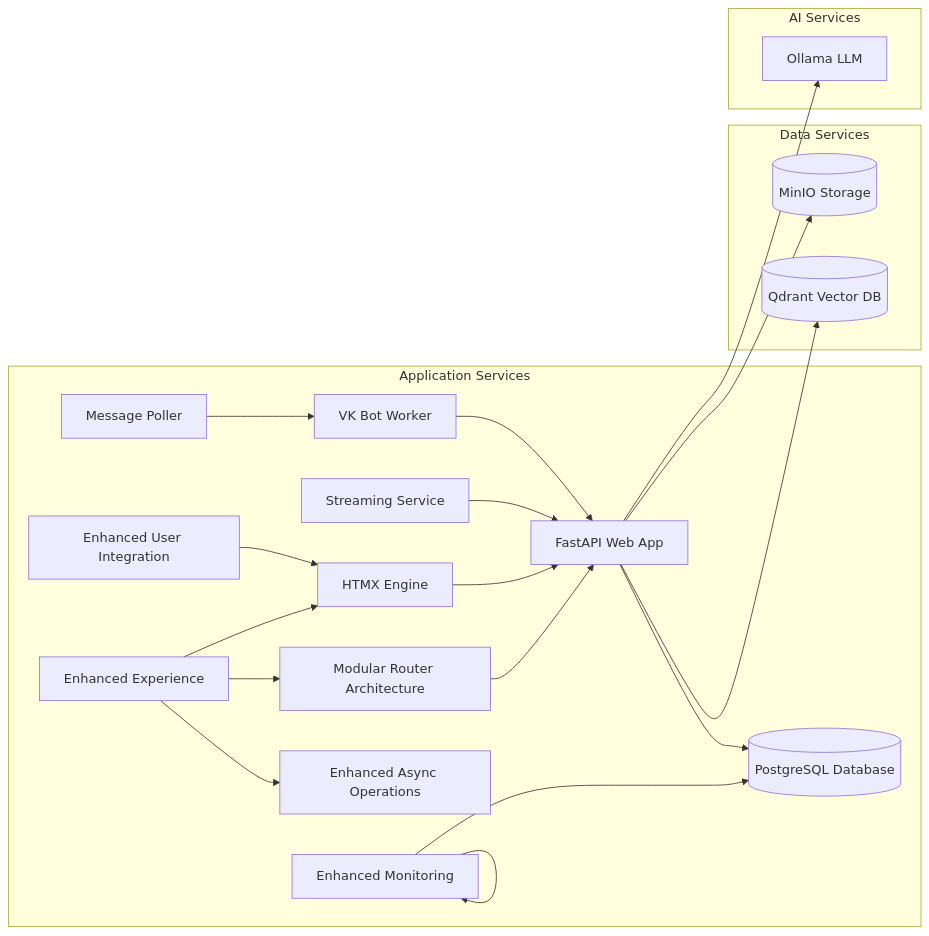
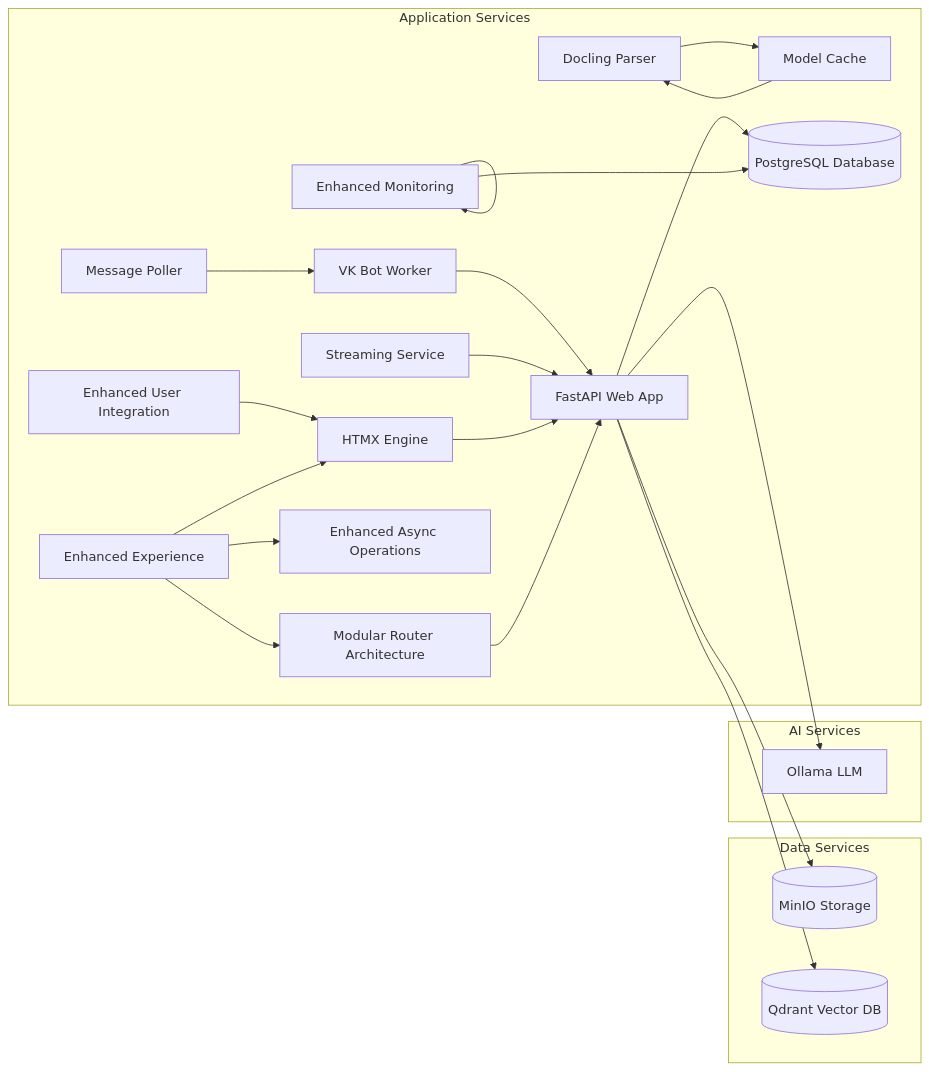
Before and after one commit to ognelis/cafetera_hr_bot: diagram 25 of 25 in .qoder/repowiki/en/content/Document Management System.md, drawn with Mermaid. The commit also changed other lines of this file and 5 other files, not shown here.

````diff
--- a/.qoder/repowiki/en/content/Document Management System.md
+++ b/.qoder/repowiki/en/content/Document Management System.md
@@ -2649,41 +2706,45 @@
 ```mermaid
 graph LR
 subgraph "Application Services"
 Web[FastAPI Web App]
 Bot[VK Bot Worker]
 Poller[Message Poller]
 Streaming[Streaming Service]
 HTMXEngine[HTMX Engine]
+DoclingParser[Docling Parser]
+ModelCache[Model Cache]
 EndUserIntegration[Enhanced User Integration]
 RouterArchitecture[Modular Router Architecture]
 EndUserExperience[Enhanced Experience]
 AsyncOperations[Enhanced Async Operations]
 EndUserMonitoring[Enhanced Monitoring]
 PostgreSQLDB[(PostgreSQL Database)]
 EndUserMonitoring[Enhanced Monitoring]
 end
 subgraph "Data Services"
 MinIO[(MinIO Storage)]
 Qdrant[(Qdrant Vector DB)]
 EndUserMonitoring[Enhanced Monitoring]
 end
 subgraph "AI Services"
 Ollama[Ollama LLM]
 EndUserExperience[Enhanced Experience]
 end
 Web --> PostgreSQLDB
 Web --> MinIO
 Web --> Qdrant
 Bot --> Web
 Poller --> Bot
 Web --> Ollama
 Streaming --> Web
 HTMXEngine --> Web
+DoclingParser --> ModelCache
+ModelCache --> DoclingParser
 EndUserIntegration --> HTMXEngine
 RouterArchitecture --> Web
 EndUserMonitoring --> PostgreSQLDB
 EndUserExperience --> HTMXEngine
 EndUserExperience --> RouterArchitecture
 EndUserExperience --> AsyncOperations
 EndUserMonitoring --> EndUserMonitoring
 ```
````
